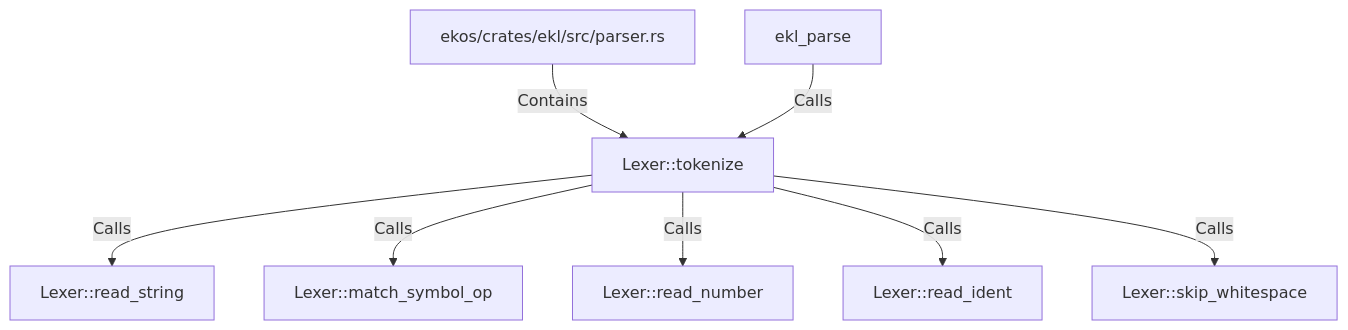
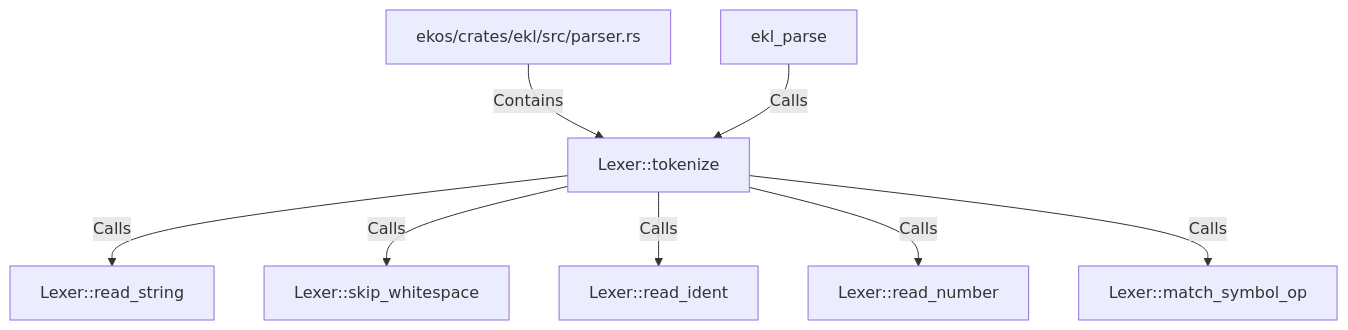
Before and after one commit to alexeyban/EKOS: the diagram in doc/entities/rustsymbol/le/lexer-tokenize.md, drawn with Mermaid. The commit also changed other lines of this file and 552 other files, not shown here.

````diff
--- a/doc/entities/rustsymbol/le/lexer-tokenize.md
+++ b/doc/entities/rustsymbol/le/lexer-tokenize.md
@@ -26,18 +26,18 @@
 ```mermaid
 graph TD
     n75766aca22b959f6aa0b7e6588ae0af9["Lexer::tokenize"]
     n7eda253187c8504892b2c98483606431["ekos/crates/ekl/src/parser.rs"]
     n7eda253187c8504892b2c98483606431 -->|Contains| n75766aca22b959f6aa0b7e6588ae0af9
     n8ce07f8f752252d39c6e69bb655cf743["Lexer::read_string"]
     n75766aca22b959f6aa0b7e6588ae0af9 -->|Calls| n8ce07f8f752252d39c6e69bb655cf743
+    n3b1864e42e2f5e9cb6de22f9d09c4d29["Lexer::skip_whitespace"]
+    n75766aca22b959f6aa0b7e6588ae0af9 -->|Calls| n3b1864e42e2f5e9cb6de22f9d09c4d29
+    n923bdc64064e5247a4bdf16959f046a3["Lexer::read_ident"]
+    n75766aca22b959f6aa0b7e6588ae0af9 -->|Calls| n923bdc64064e5247a4bdf16959f046a3
+    nbdbed4125bba5cd2a9f6af805e8a049f["Lexer::read_number"]
+    n75766aca22b959f6aa0b7e6588ae0af9 -->|Calls| nbdbed4125bba5cd2a9f6af805e8a049f
     n108c4fe6d10455b2b854d4e4125c8130["Lexer::match_symbol_op"]
     n75766aca22b959f6aa0b7e6588ae0af9 -->|Calls| n108c4fe6d10455b2b854d4e4125c8130
-    nbdbed4125bba5cd2a9f6af805e8a049f["Lexer::read_number"]
-    n75766aca22b959f6aa0b7e6588ae0af9 -->|Calls| nbdbed4125bba5cd2a9f6af805e8a049f
-    n923bdc64064e5247a4bdf16959f046a3["Lexer::read_ident"]
-    n75766aca22b959f6aa0b7e6588ae0af9 -->|Calls| n923bdc64064e5247a4bdf16959f046a3
-    n3b1864e42e2f5e9cb6de22f9d09c4d29["Lexer::skip_whitespace"]
-    n75766aca22b959f6aa0b7e6588ae0af9 -->|Calls| n3b1864e42e2f5e9cb6de22f9d09c4d29
     n590311ca281e528aae356f89aceae476["ekl_parse"]
     n590311ca281e528aae356f89aceae476 -->|Calls| n75766aca22b959f6aa0b7e6588ae0af9
 ```
````
